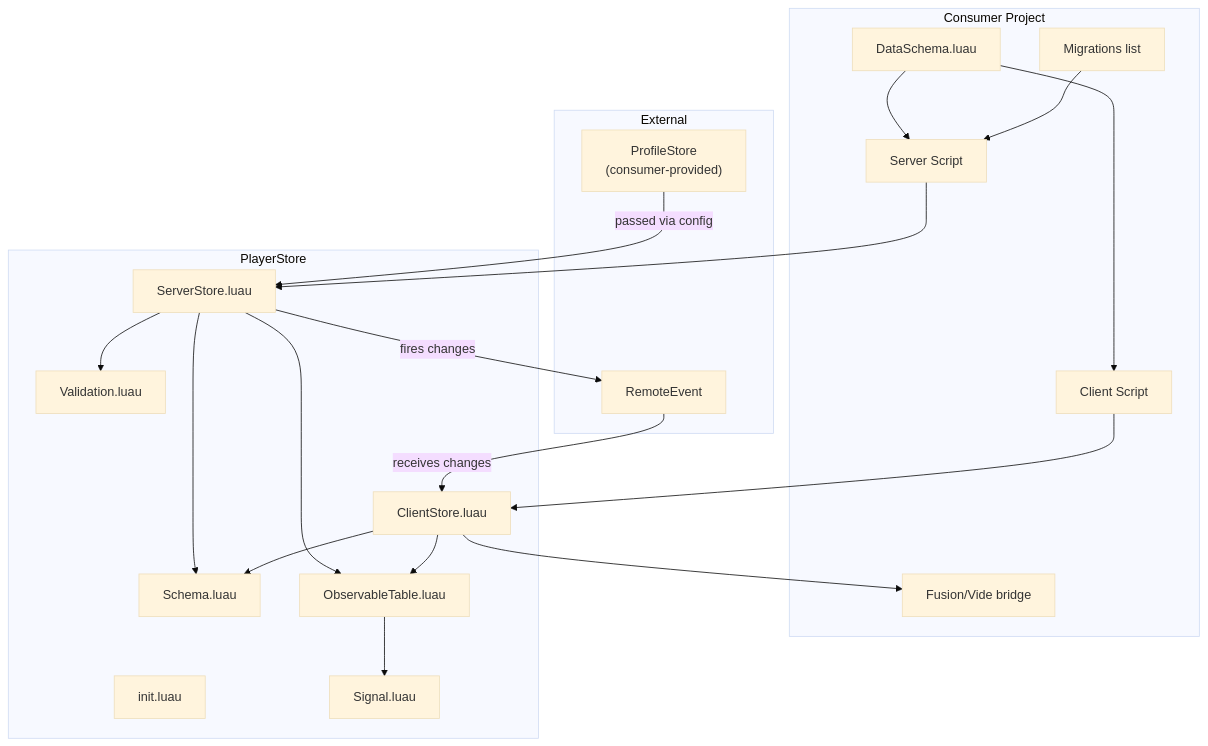
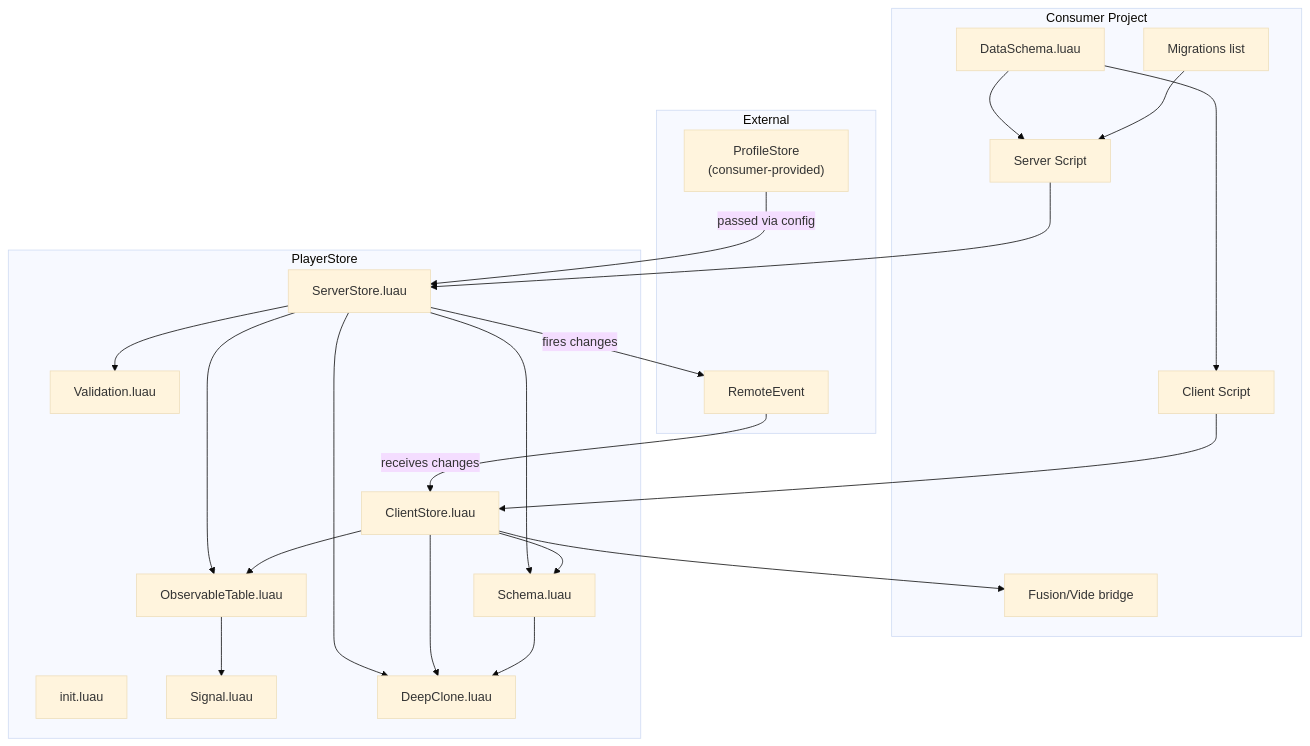
One commit to daireb/PlayerStore changed the first of 2 diagrams in ARCHITECTURE.md. Above: the diagram before and after it, drawn with Mermaid (base theme). The commit also changed other lines of this file and 8 other files, not shown here.

Commit message:
fix: isolate and freeze schema defaults

````diff
--- a/ARCHITECTURE.md
+++ b/ARCHITECTURE.md
@@ -5,41 +5,45 @@
 ```mermaid
 flowchart TD
     subgraph consumer [Consumer Project]
         SchemaFile["DataSchema.luau"]
         Migrations["Migrations list"]
         ServerScript["Server Script"]
         ClientScript["Client Script"]
         UIBridge["Fusion/Vide bridge"]
     end
 
     subgraph library [PlayerStore]
         Init["init.luau"]
         SchemaModule["Schema.luau"]
         ServerStore["ServerStore.luau"]
         ClientStoreModule["ClientStore.luau"]
         OT["ObservableTable.luau"]
         Val["Validation.luau"]
         Sig["Signal.luau"]
+        DC["DeepClone.luau"]
     end
 
     subgraph external [External]
         PS["ProfileStore\n(consumer-provided)"]
         RE["RemoteEvent"]
     end
 
     SchemaFile --> ServerScript
     SchemaFile --> ClientScript
     Migrations --> ServerScript
     ServerScript --> ServerStore
     ClientScript --> ClientStoreModule
     ClientStoreModule --> UIBridge
     ServerStore --> OT
     ServerStore --> Val
     ClientStoreModule --> OT
+    ServerStore --> DC
+    ClientStoreModule --> DC
+    SchemaModule --> DC
     OT --> Sig
     ServerStore --> SchemaModule
     ClientStoreModule --> SchemaModule
     ServerStore -->|"fires changes"| RE
     RE -->|"receives changes"| ClientStoreModule
     PS -->|"passed via config"| ServerStore
 ```
````
